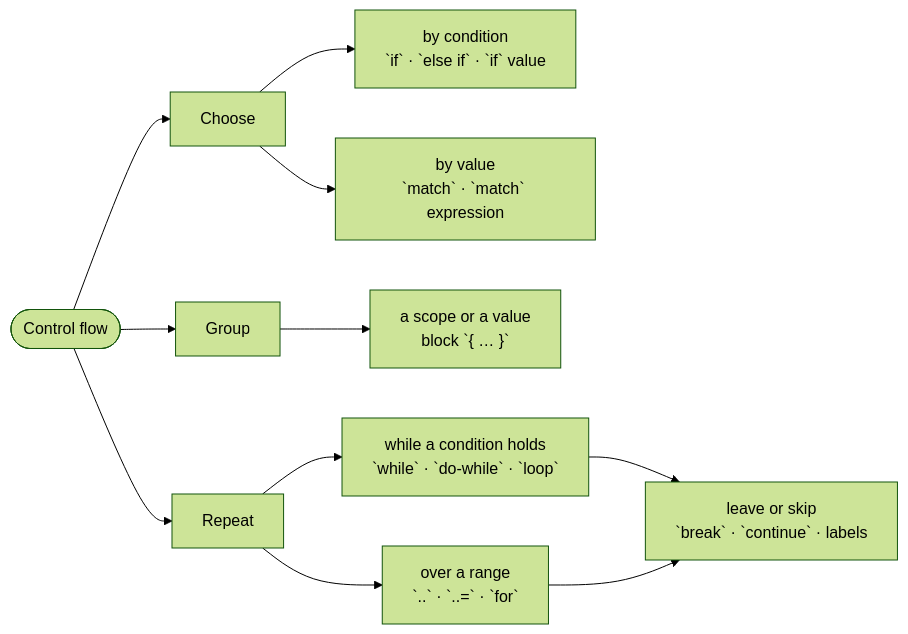
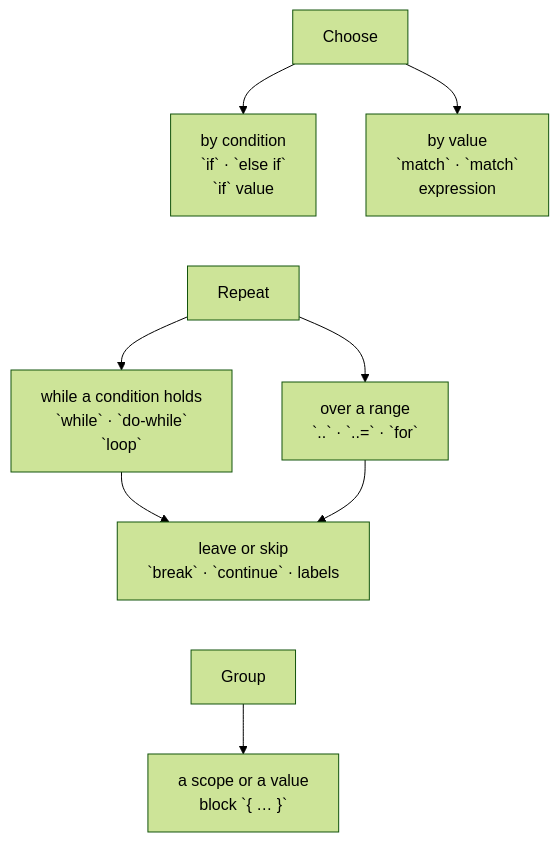
One commit to rux-lang/Web changed the diagram in content/docs/1.learn/03.control-flow/00.index.md. Above: the diagram before and after it, drawn with Mermaid (forest theme). The commit also changed 46 other files, not shown here.

First line of the commit message:
Fit the course diagrams on phone screens

````diff
--- a/content/docs/1.learn/03.control-flow/00.index.md
+++ b/content/docs/1.learn/03.control-flow/00.index.md
@@ -25,13 +25,12 @@
 ```mermaid
-flowchart LR
-    cf(["Control flow"]) --> choose["Choose"]
-    cf --> repeat["Repeat"]
-    choose --> by_cond["by condition<br/>`if` · `else if` · `if` value"]
-    choose --> by_value["by value<br/>`match` · `match` expression"]
-    cf --> group["Group"]
-    group --> blocks["a scope or a value<br/>block `{ … }`"]
-    repeat --> by_test["while a condition holds<br/>`while` · `do-while` · `loop`"]
+flowchart TD
+    choose["Choose"] --> by_cond["by condition<br/>`if` · `else if`<br/>`if` value"]
+    choose --> by_value["by value<br/>`match` · `match`<br/>expression"]
+    by_cond ~~~ repeat["Repeat"]
+    repeat --> by_test["while a condition holds<br/>`while` · `do-while`<br/>`loop`"]
     repeat --> by_range["over a range<br/>`..` · `..=` · `for`"]
     by_test --> jump["leave or skip<br/>`break` · `continue` · labels"]
     by_range --> jump
+    jump ~~~ group["Group"]
+    group --> blocks["a scope or a value<br/>block `{ … }`"]
 ```
````
